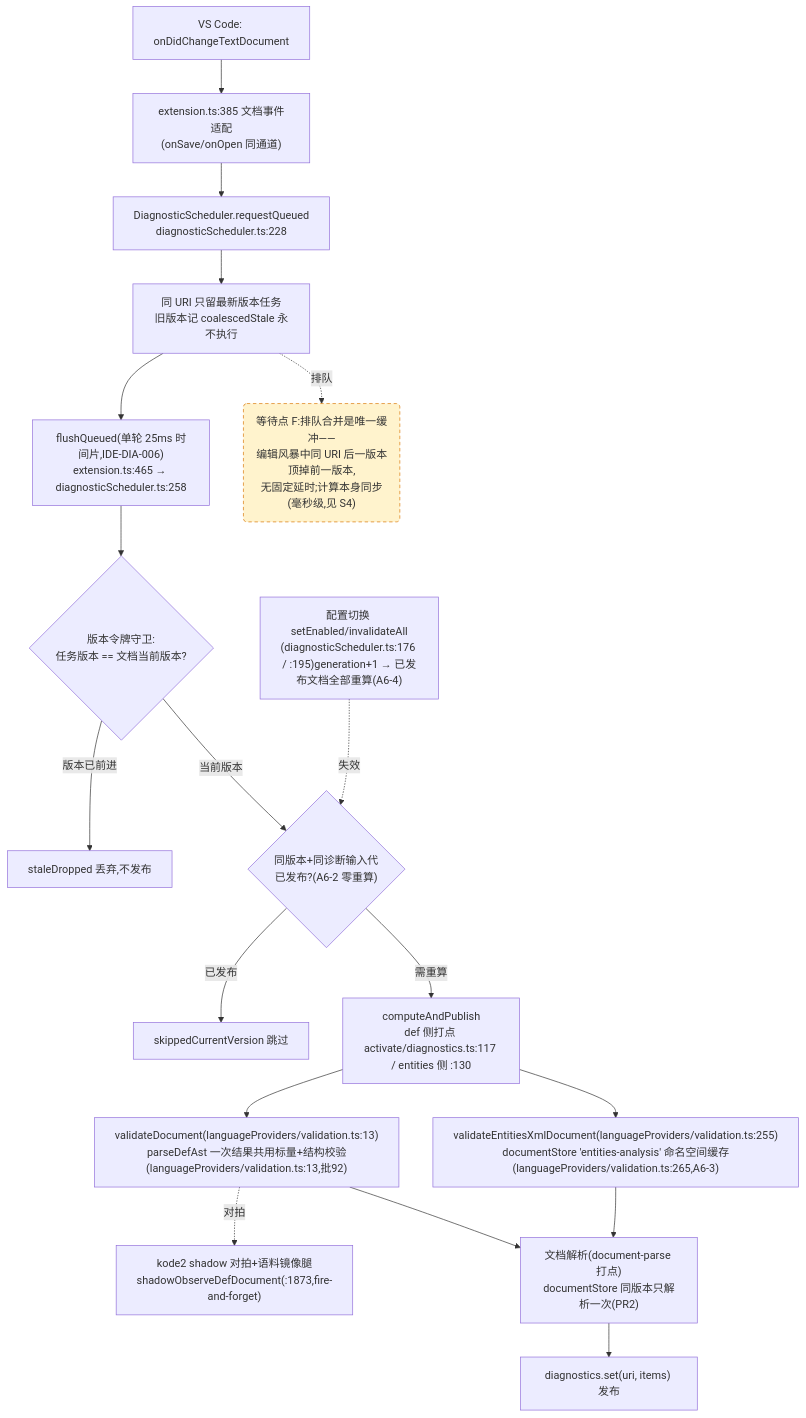
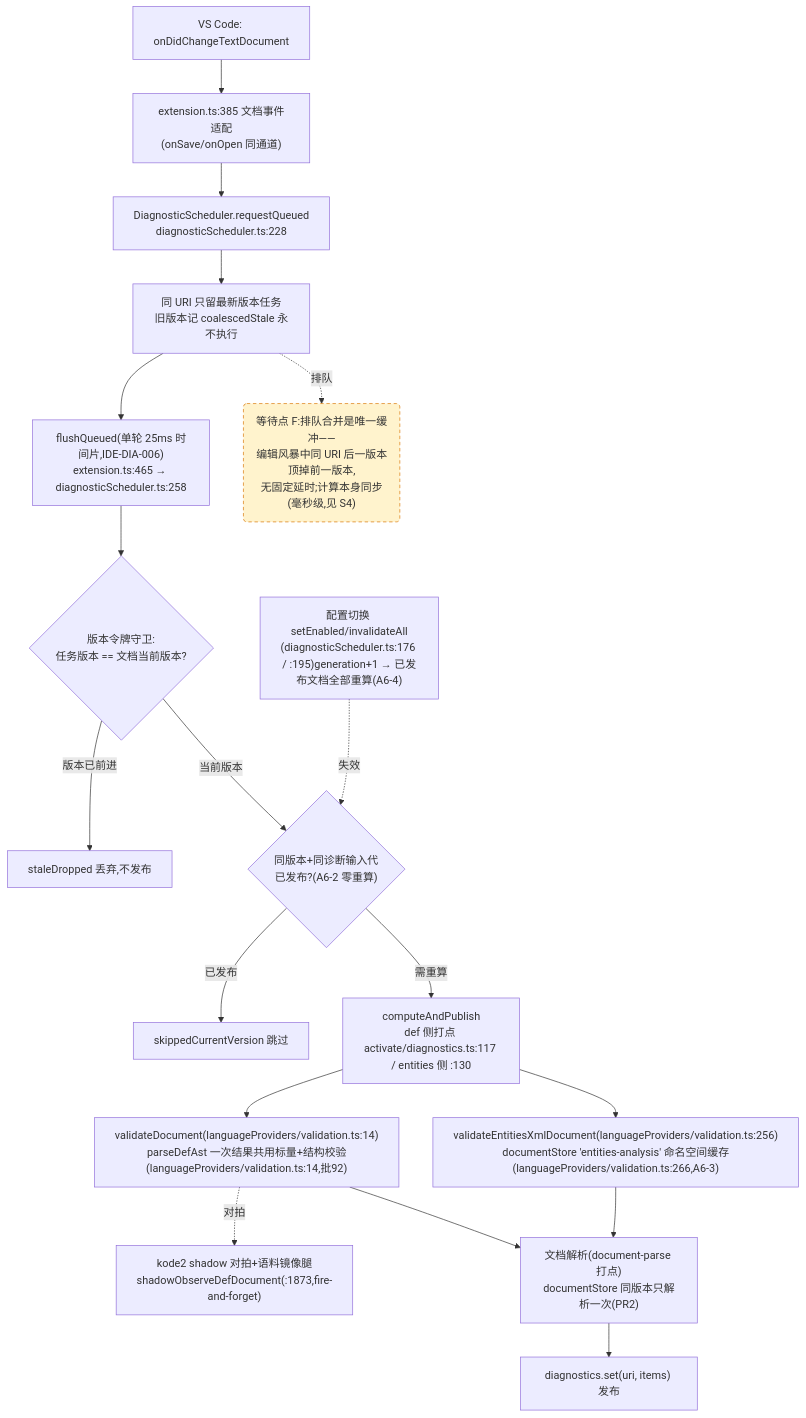
Before and after one commit to cuihairu/kode: the fourth of 4 diagrams in docs/perf/2026-baseline.md, drawn with Mermaid. The commit also changed 11 other files, not shown here.

First line of the commit message:
fix: normalize legacy flag aliases in def analysis

````diff
--- a/docs/perf/2026-baseline.md
+++ b/docs/perf/2026-baseline.md
@@ -214,38 +214,38 @@
 ```mermaid
 flowchart TD
   CHG["VS Code: onDidChangeTextDocument"]
   WATCH["extension.ts:385 文档事件适配<br/>(onSave/onOpen 同通道)"]
   RQ["DiagnosticScheduler.requestQueued<br/>diagnosticScheduler.ts:228"]
   CO["同 URI 只留最新版本任务<br/>旧版本记 coalescedStale 永不执行"]
   FL["flushQueued(单轮 25ms 时间片,IDE-DIA-006)<br/>extension.ts:465 → diagnosticScheduler.ts:258"]
   VG{"版本令牌守卫:<br/>任务版本 == 文档当前版本?"}
   DROP["staleDropped 丢弃,不发布"]
   GEN{"同版本+同诊断输入代<br/>已发布?(A6-2 零重算)"}
   SKIP["skippedCurrentVersion 跳过"]
   CALC["computeAndPublish<br/>def 侧打点 activate/diagnostics.ts:117 / entities 侧 :130"]
-  VD["validateDocument(languageProviders/validation.ts:13)<br/>parseDefAst 一次结果共用标量+结构校验(languageProviders/validation.ts:13,批92)"]
-  VEX["validateEntitiesXmlDocument(languageProviders/validation.ts:255)<br/>documentStore 'entities-analysis' 命名空间缓存(languageProviders/validation.ts:265,A6-3)"]
+  VD["validateDocument(languageProviders/validation.ts:14)<br/>parseDefAst 一次结果共用标量+结构校验(languageProviders/validation.ts:14,批92)"]
+  VEX["validateEntitiesXmlDocument(languageProviders/validation.ts:256)<br/>documentStore 'entities-analysis' 命名空间缓存(languageProviders/validation.ts:266,A6-3)"]
   SHDD["kode2 shadow 对拍+语料镜像腿<br/>shadowObserveDefDocument(:1873,fire-and-forget)"]
   DS["文档解析(document-parse 打点)<br/>documentStore 同版本只解析一次(PR2)"]
   PUB["diagnostics.set(uri, items) 发布"]
   CFG2["配置切换 setEnabled/invalidateAll<br/>(diagnosticScheduler.ts:176 / :195)generation+1 → 已发布文档全部重算(A6-4)"]
 
   CHG --> WATCH --> RQ --> CO --> FL --> VG
   VG -- "版本已前进" --> DROP
   VG -- "当前版本" --> GEN
   GEN -- "已发布" --> SKIP
   GEN -- "需重算" --> CALC
   CALC --> VD
   CALC --> VEX
   VD --> DS
   VEX --> DS
   DS --> PUB
   VD -.->|对拍| SHDD
   CFG2 -.->|失效| GEN
 
   WAITF("等待点 F:排队合并是唯一缓冲——<br/>编辑风暴中同 URI 后一版本顶掉前一版本,<br/>无固定延时;计算本身同步(毫秒级,见 S4)")
   CO -.->|排队| WAITF
 
   classDef waitPoint fill:#fff3cd,stroke:#d97706,stroke-dasharray:5 4;
   class WAITF waitPoint;
 ```
````
